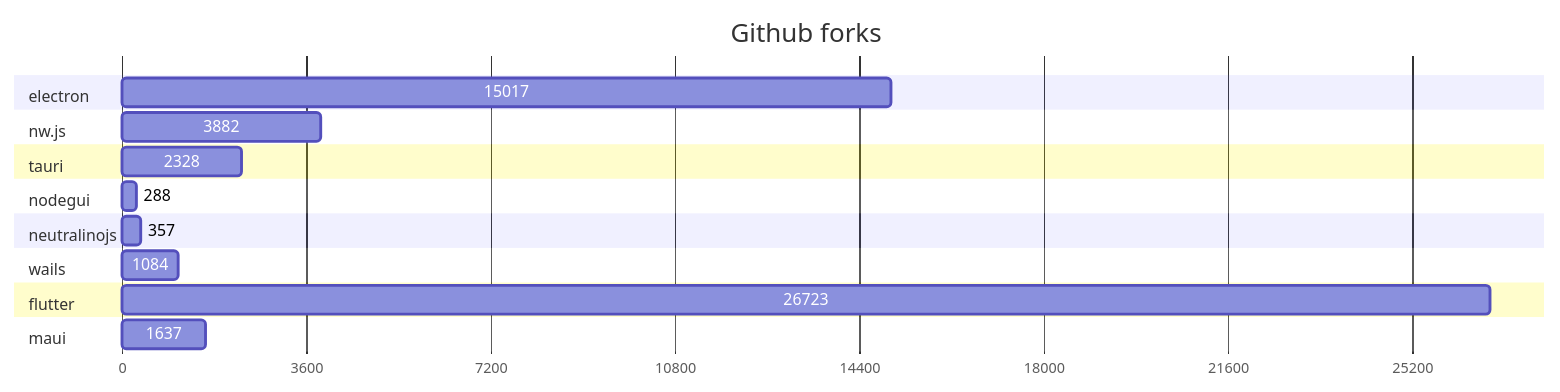
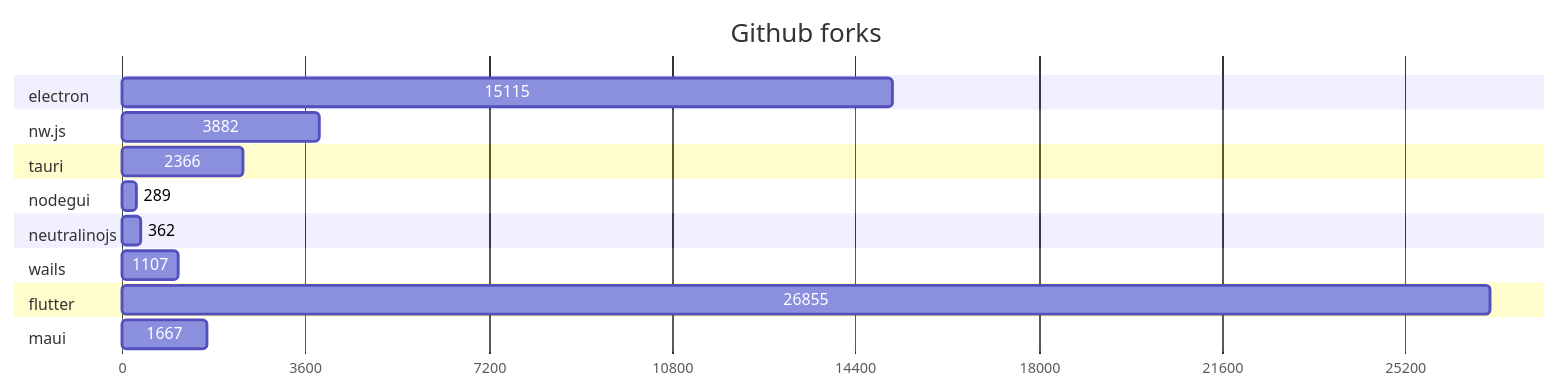
Before and after one commit to Elanis/web-to-desktop-framework-comparison: the second of 2 diagrams in GRAPHS.md, drawn with Mermaid. The commit also changed other lines of this file and 2 other files, not shown here.

````diff
--- a/GRAPHS.md
+++ b/GRAPHS.md
@@ -47,40 +47,40 @@
 ```mermaid
 gantt
     title Github forks
     dateFormat  X
     axisFormat %s
 
 
 	section electron
-	15017 : 0, 15017
+	15115 : 0, 15115
 
 	
 	section nw.js
 	3882 : 0, 3882
 
 	
 	section tauri
-	2328 : 0, 2328
+	2366 : 0, 2366
 
 	
 	section nodegui
-	288 : 0, 288
+	289 : 0, 289
 
 	
 	section neutralinojs
-	357 : 0, 357
+	362 : 0, 362
 
 	
 	section wails
-	1084 : 0, 1084
+	1107 : 0, 1107
 
 	
 	section flutter
-	26723 : 0, 26723
+	26855 : 0, 26855
 
 	
 	section maui
-	1637 : 0, 1637
+	1667 : 0, 1667
 
 	
 ```
````
